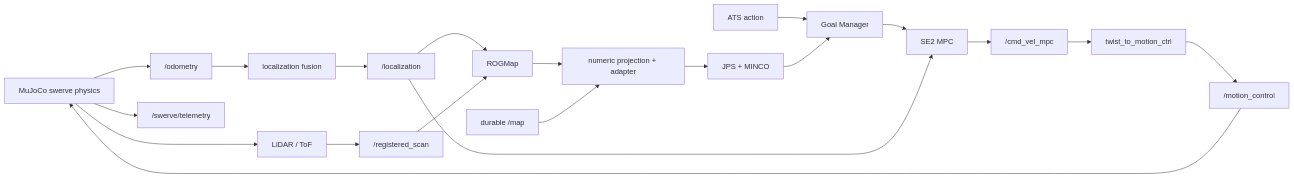
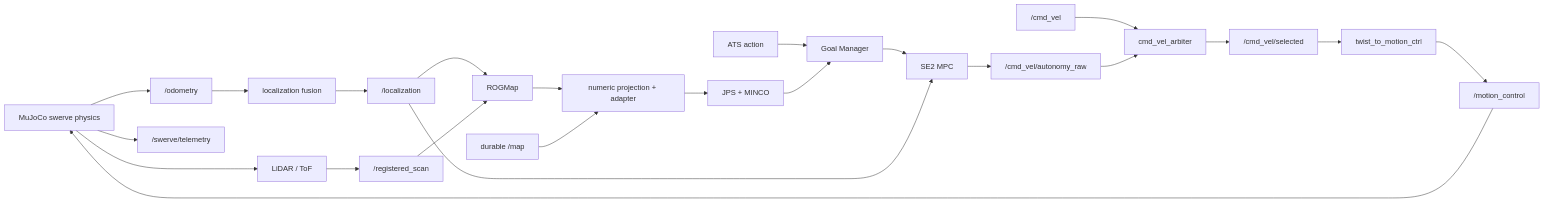
One commit to liukong1220/ats_mujoco_sim changed the diagram in README.md. Above: the diagram before and after it, drawn with Mermaid. The commit also changed other lines of this file and 3 other files, not shown here.

````diff
--- a/README.md
+++ b/README.md
@@ -376,22 +382,25 @@
 ```mermaid
 flowchart LR
     Physics["MuJoCo swerve physics"] --> Odom["/odometry"]
     Physics --> Sensors["LiDAR / ToF"]
     Odom --> Fusion["localization fusion"]
     Fusion --> Localization["/localization"]
     Sensors --> Scan["/registered_scan"]
     Localization --> ROG["ROGMap"]
     Scan --> ROG
     ROG --> Adapter["numeric projection + adapter"]
     Map["durable /map"] --> Adapter
     Adapter --> Planner["JPS + MINCO"]
     Goal["ATS action"] --> Manager["Goal Manager"]
     Planner --> Manager
     Manager --> MPC["SE2 MPC"]
     Localization --> MPC
-    MPC --> Cmd["/cmd_vel_mpc"]
+    MPC --> Raw["/cmd_vel/autonomy_raw"]
+    Manual["/cmd_vel"] --> Arbiter["cmd_vel_arbiter"]
+    Raw --> Arbiter
+    Arbiter --> Cmd["/cmd_vel/selected"]
     Cmd --> Bridge["twist_to_motion_ctrl"]
     Bridge --> Motion["/motion_control"]
     Motion --> Physics
     Physics --> Telemetry["/swerve/telemetry"]
 ```
````
